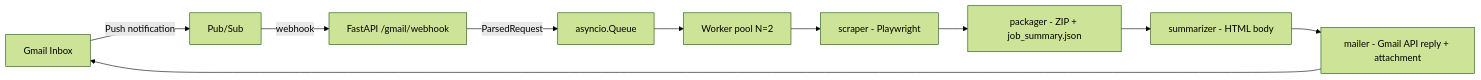
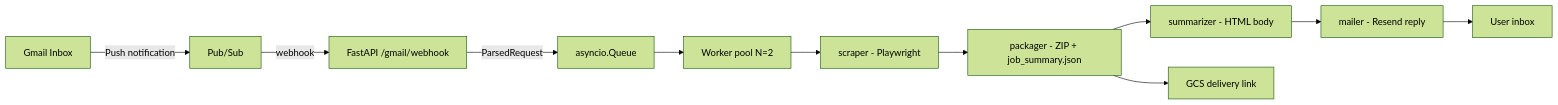
One commit to Koiiichi/vellum changed the diagram in README.md. Above: the diagram before and after it, drawn with Mermaid (forest theme). The commit also changed other lines of this file and 2 other files, not shown here.

````diff
--- a/README.md
+++ b/README.md
@@ -47,12 +47,13 @@
 ```mermaid
 flowchart LR
     G[Gmail Inbox] -->|Push notification| P[Pub/Sub]
     P -->|webhook| W[FastAPI /gmail/webhook]
     W -->|ParsedRequest| Q[asyncio.Queue]
     Q --> WK[Worker pool N=2]
     WK --> S[scraper - Playwright]
     S --> PK[packager - ZIP + job_summary.json]
     PK --> SM[summarizer - HTML body]
-    SM --> M[mailer - Gmail API reply + attachment]
-    M --> G
+    PK --> ST[GCS delivery link]
+    SM --> M[mailer - Resend reply]
+    M --> U[User inbox]
 ```
````
